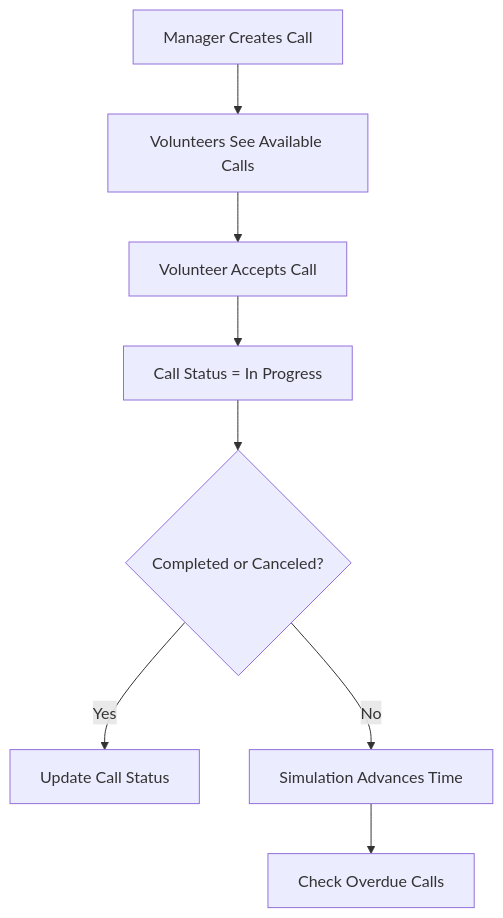
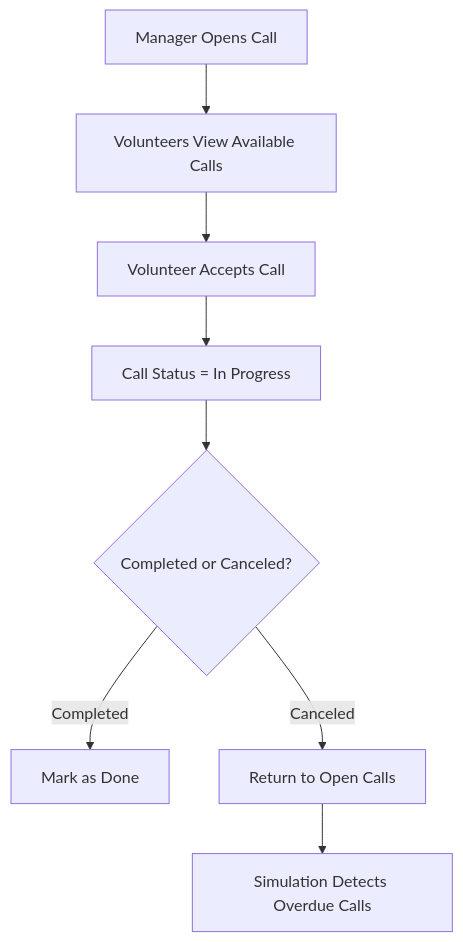
The diagram in README.md (grindeld77/dotNet5785_8721_7403), drawn with Mermaid before and after one commit. The commit also changed other lines of this file, not shown here.

````diff
--- a/README.md
+++ b/README.md
@@ -84,10 +49,10 @@
 ```mermaid
 flowchart TD
-    A[Manager Creates Call] --> B[Volunteers See Available Calls]
+    A[Manager Opens Call] --> B[Volunteers View Available Calls]
     B --> C[Volunteer Accepts Call]
     C --> D[Call Status = In Progress]
     D --> E{Completed or Canceled?}
-    E -->|Yes| F[Update Call Status]
-    E -->|No| G[Simulation Advances Time]
-    G --> H[Check Overdue Calls]
+    E -->|Completed| F[Mark as Done]
+    E -->|Canceled| G[Return to Open Calls]
+    G --> H[Simulation Detects Overdue Calls]
 ```
````
